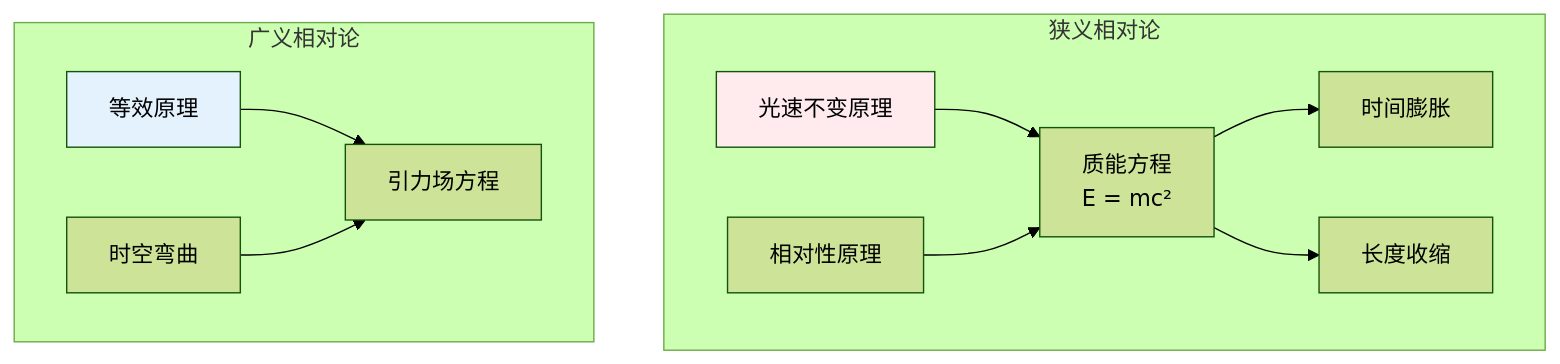
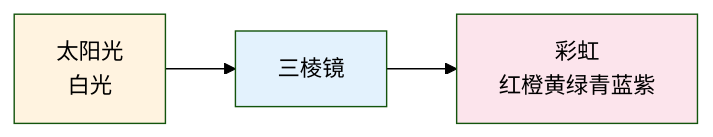
Before and after one commit to wxyClark/wxyClark.github.io: the eighth of 10 diagrams in content/natural-sciences/physics/index.md, drawn with Mermaid (forest theme). The commit also changed other lines of this file and 11 other files, not shown here.

````diff
--- a/content/natural-sciences/physics/index.md
+++ b/content/natural-sciences/physics/index.md
@@ -231,19 +177,9 @@
 ```mermaid
-flowchart TD
-    subgraph 狭义相对论
-        SR1[光速不变原理]
-        SR2[相对性原理]
-        SR1 & SR2 --> SR3["质能方程<br/>E = mc²"]
-        SR3 --> SR4[时间膨胀]
-        SR3 --> SR5[长度收缩]
-    end
+flowchart LR
+    Sun[太阳光<br/>白光] --> Prism[三棱镜] 
+    Prism --> Rainbow[彩虹<br/>红橙黄绿青蓝紫]
     
-    subgraph 广义相对论
-        GR1[等效原理]
-        GR2[时空弯曲]
-        GR1 & GR2 --> GR3[引力场方程]
-    end
-    
-    style SR1 fill:#ffebee
-    style GR1 fill:#e3f2fd
+    style Sun fill:#fff3e0
+    style Prism fill:#e3f2fd
+    style Rainbow fill:#fce4ec
 ```
````
